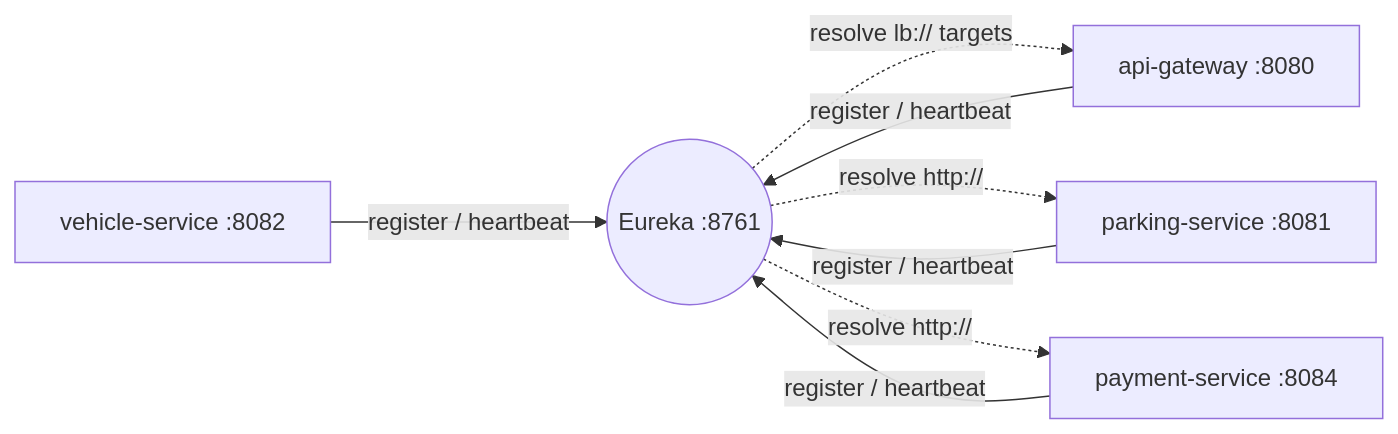
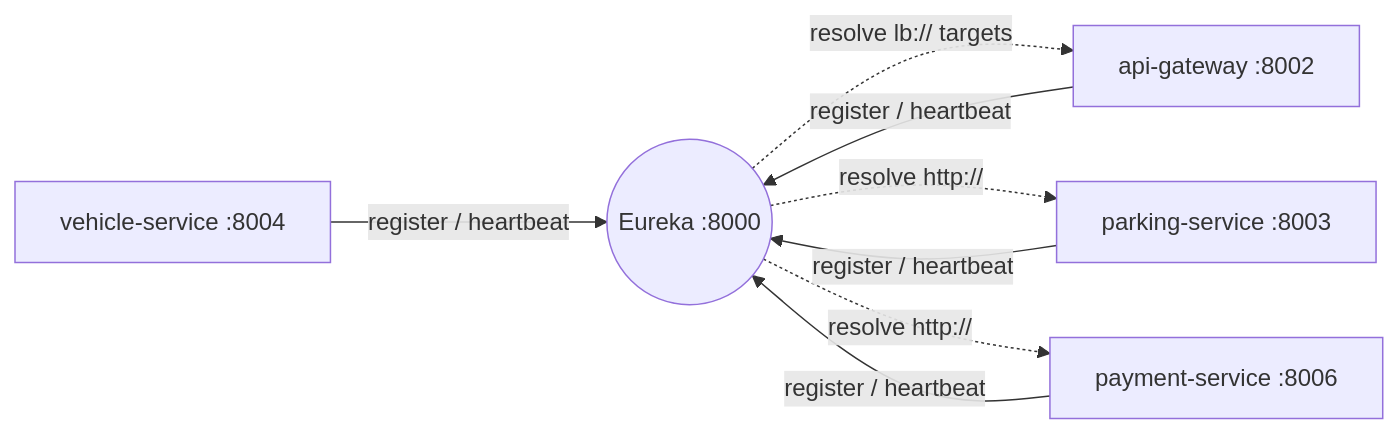
The diagram in infastructure/eureka-server/README.md (yasasbanukaofficial/kadolk-backend-microservice), drawn with Mermaid before and after one commit. The commit also changed other lines of this file and 33 other files, not shown here.

````diff
--- a/infastructure/eureka-server/README.md
+++ b/infastructure/eureka-server/README.md
@@ -7,11 +7,11 @@
 ```mermaid
 flowchart LR
-    Registry((Eureka :8761))
-    Parking[parking-service :8081] -->|register / heartbeat| Registry
-    Vehicle[vehicle-service :8082] -->|register / heartbeat| Registry
-    Payment[payment-service :8084] -->|register / heartbeat| Registry
-    Gateway[api-gateway :8080] -->|register / heartbeat| Registry
+    Registry((Eureka :8000))
+    Parking[parking-service :8003] -->|register / heartbeat| Registry
+    Vehicle[vehicle-service :8004] -->|register / heartbeat| Registry
+    Payment[payment-service :8006] -->|register / heartbeat| Registry
+    Gateway[api-gateway :8002] -->|register / heartbeat| Registry
     Registry -.resolve lb:// targets.-> Gateway
     Registry -.resolve http://<service-name>.-> Parking
     Registry -.resolve http://<service-name>.-> Payment
 ```
````
